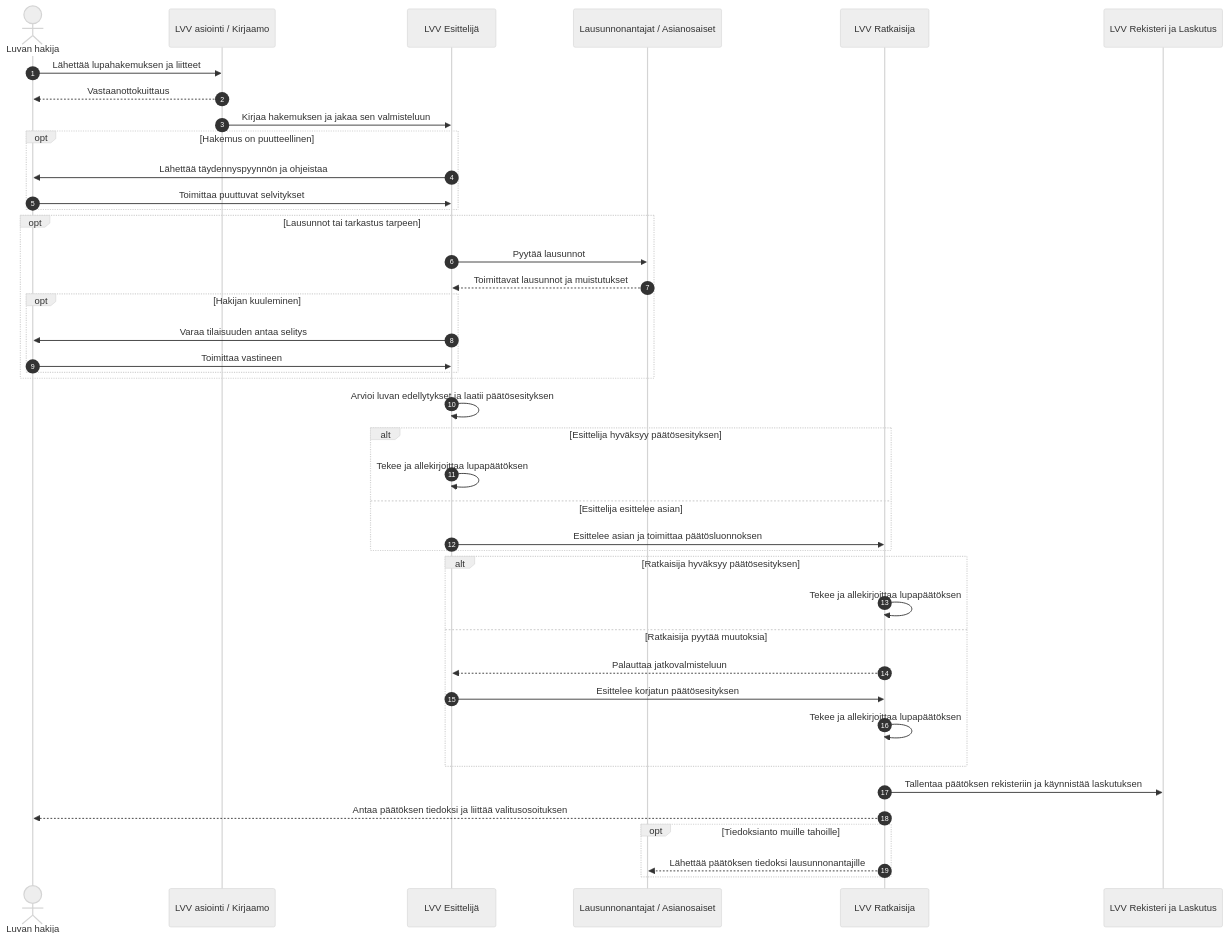
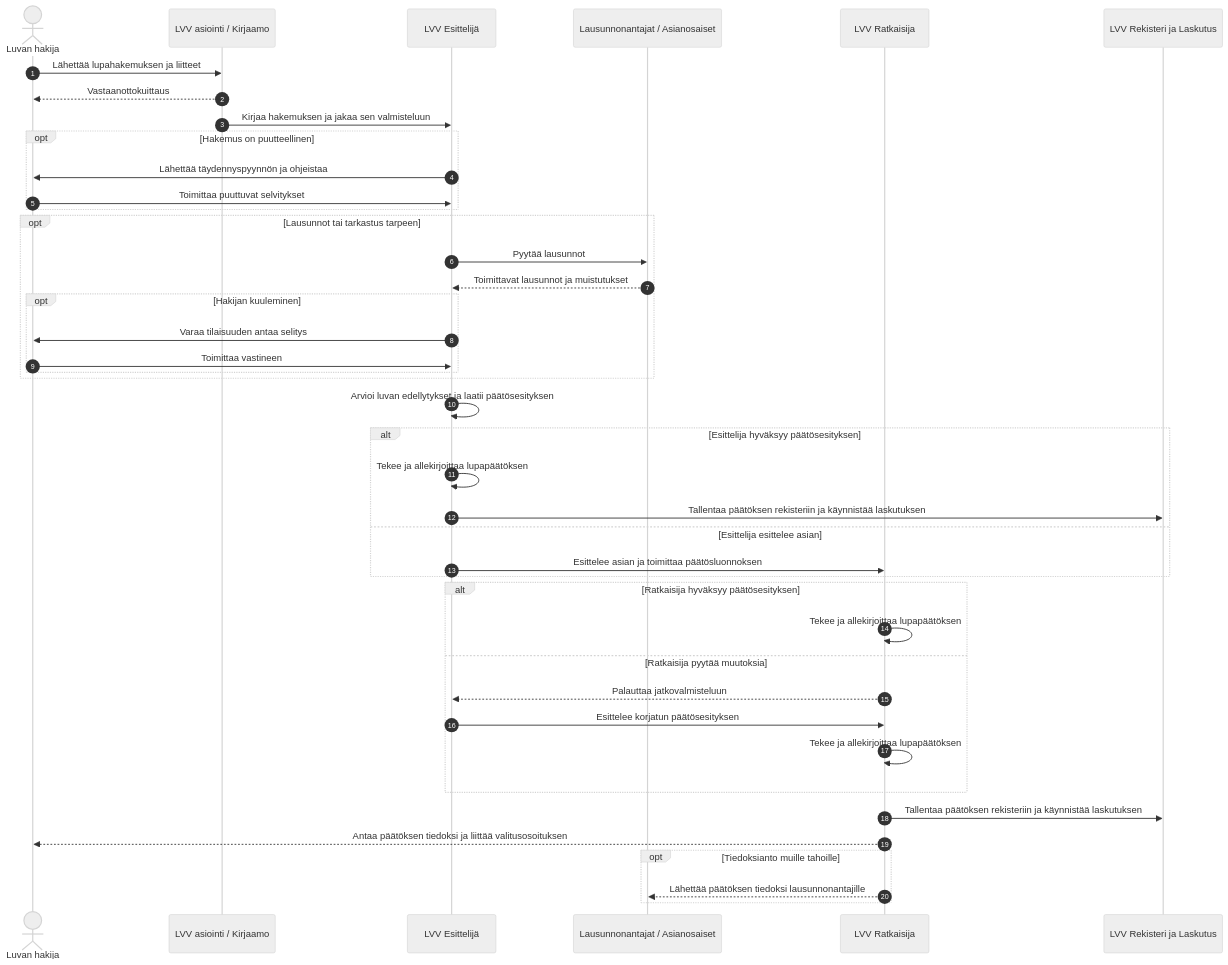
The second of 2 diagrams in LVV_sekvenssit.md (tnauar/LVV), drawn with Mermaid (neutral theme) before and after one commit.

Commit message:
One addition
One addition.

````diff
--- a/LVV_sekvenssit.md
+++ b/LVV_sekvenssit.md
@@ -69,49 +69,50 @@
 ```mermaid
 sequenceDiagram
     autonumber
     actor Hakija as Luvan hakija
     participant Asiointi as LVV asiointi / Kirjaamo
     participant Esittelija as LVV Esittelijä
     participant Sidosryhmat as Lausunnonantajat / Asianosaiset
     participant Ratkaisija as LVV Ratkaisija
     participant Rekisteri as LVV Rekisteri ja Laskutus
 
     Hakija->>Asiointi: Lähettää lupahakemuksen ja liitteet
     Asiointi-->>Hakija: Vastaanottokuittaus
     Asiointi->>Esittelija: Kirjaa hakemuksen ja jakaa sen valmisteluun
 
     opt Hakemus on puutteellinen
         Esittelija->>Hakija: Lähettää täydennyspyynnön ja ohjeistaa
         Hakija->>Esittelija: Toimittaa puuttuvat selvitykset
     end
 
     opt Lausunnot tai tarkastus tarpeen
         Esittelija->>Sidosryhmat: Pyytää lausunnot
         Sidosryhmat-->>Esittelija: Toimittavat lausunnot ja muistutukset
         opt Hakijan kuuleminen
             Esittelija->>Hakija: Varaa tilaisuuden antaa selitys
             Hakija->>Esittelija: Toimittaa vastineen
         end
     end
 
     Esittelija->>Esittelija: Arvioi luvan edellytykset ja laatii päätösesityksen
     alt Esittelija hyväksyy päätösesityksen
         Esittelija->>Esittelija: Tekee ja allekirjoittaa lupapäätöksen
+        Esittelija->>Rekisteri: Tallentaa päätöksen rekisteriin ja käynnistää laskutuksen    
     else Esittelija esittelee asian 
         Esittelija->>Ratkaisija: Esittelee asian ja toimittaa päätösluonnoksen
     end
 
     alt Ratkaisija hyväksyy päätösesityksen
         Ratkaisija->>Ratkaisija: Tekee ja allekirjoittaa lupapäätöksen
     else Ratkaisija pyytää muutoksia
         Ratkaisija-->>Esittelija: Palauttaa jatkovalmisteluun
         Esittelija->>Ratkaisija: Esittelee korjatun päätösesityksen
         Ratkaisija->>Ratkaisija: Tekee ja allekirjoittaa lupapäätöksen
     end
 
     Ratkaisija->>Rekisteri: Tallentaa päätöksen rekisteriin ja käynnistää laskutuksen
     Ratkaisija-->>Hakija: Antaa päätöksen tiedoksi ja liittää valitusosoituksen
     opt Tiedoksianto muille tahoille
         Ratkaisija-->>Sidosryhmat: Lähettää päätöksen tiedoksi lausunnonantajille
     end
 ```
````
